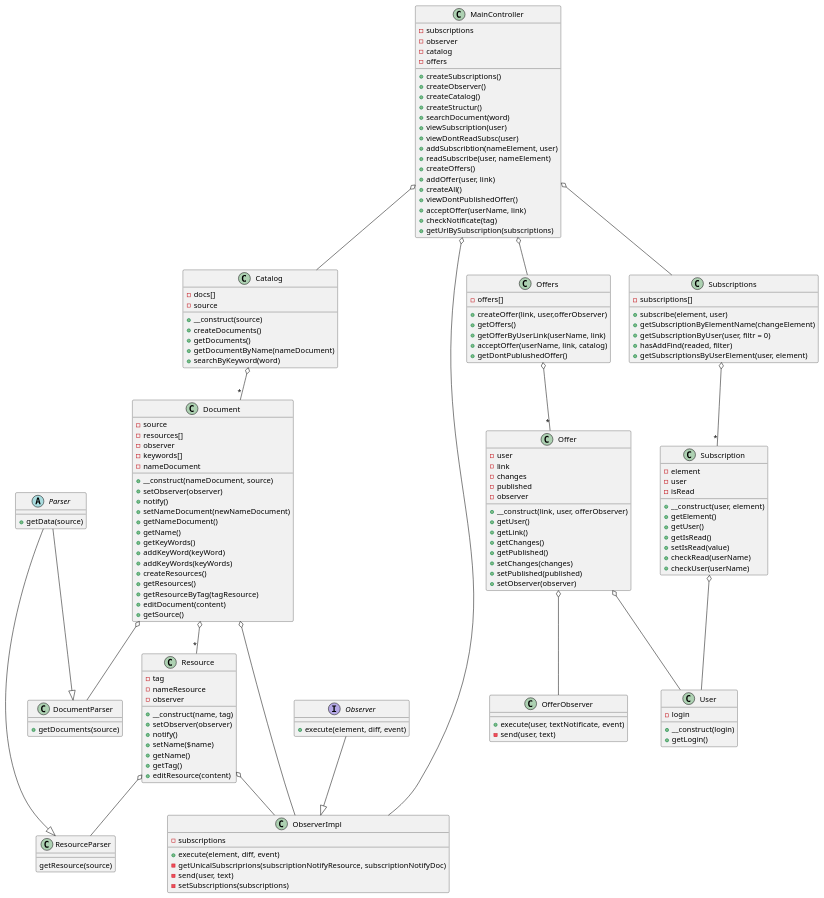
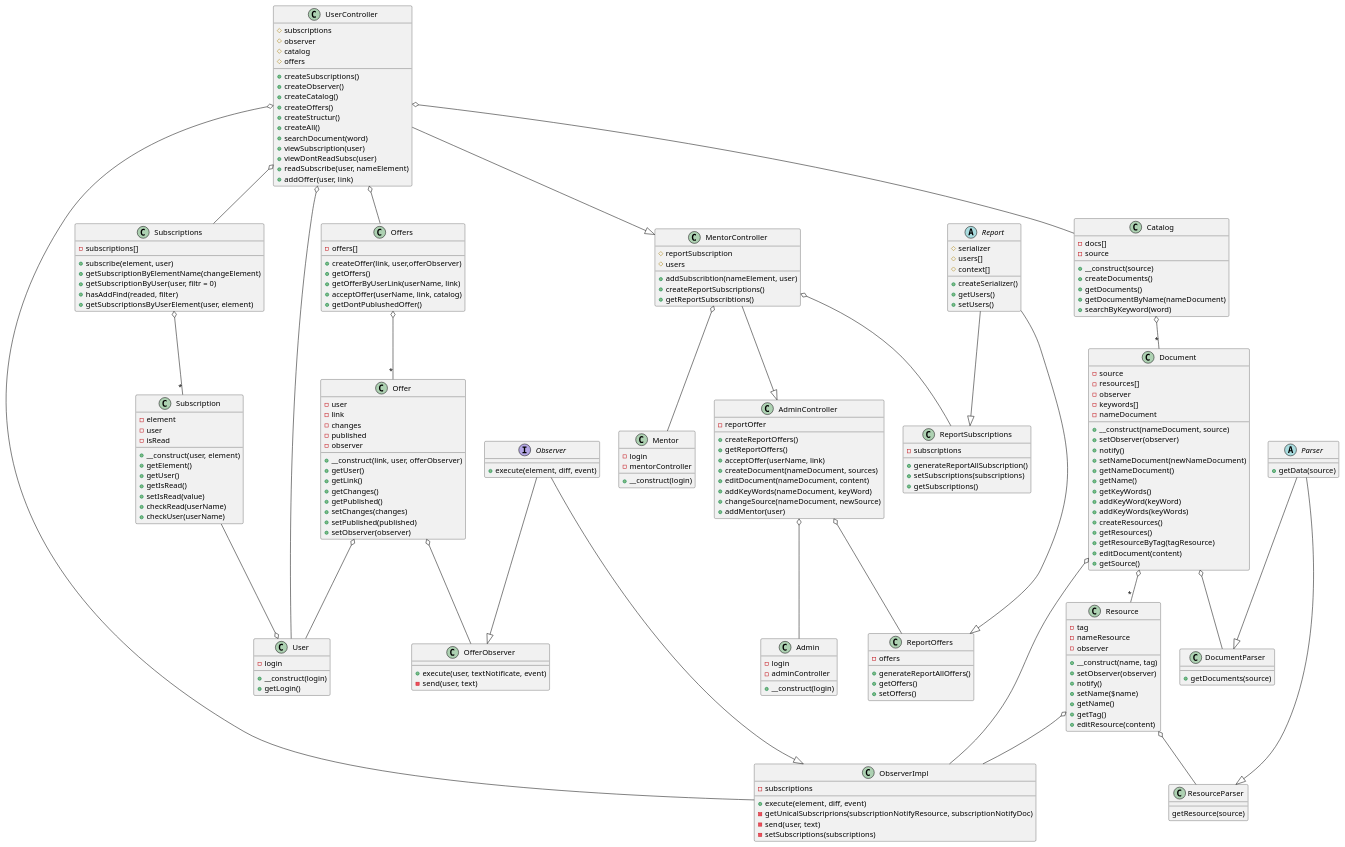
Before and after one commit to ilb/knowledgebase: the diagram in docs/newDiagramProject.puml, drawn with PlantUML. The commit also changed 7 other files, not shown here.

Commit message:
Изменения и новая схема

```diff
--- a/docs/newDiagramProject.puml
+++ b/docs/newDiagramProject.puml
@@ -126,30 +126,94 @@
     + getLogin()
 }
 
-class MainController {
-    - subscriptions
-    - observer
-    - catalog
-    - offers
+class Admin {
+    - login
+    - adminController
+    + __construct(login)
+}
+
+class Mentor {
+    - login
+    - mentorController
+    + __construct(login)
+}
+
+class AdminController {
+    - reportOffer
+    + createReportOffers()
+    + getReportOffers()
+    + acceptOffer(userName, link)
+    + createDocument(nameDocument, sources)
+    + editDocument(nameDocument, content)
+    + addKeyWords(nameDocument, keyWord)
+    + changeSource(nameDocument, newSource)
+    + addMentor(user) 
+}
+
+class UserController {
+    # subscriptions
+    # observer
+    # catalog
+    # offers
     + createSubscriptions()
-    + createObserver() 
+    + createObserver()
     + createCatalog()
+    + createOffers()
     + createStructur()
+    + createAll()
     + searchDocument(word)
     + viewSubscription(user)
     + viewDontReadSubsc(user)
-    + addSubscribtion(nameElement, user)
     + readSubscribe(user, nameElement)
-    + createOffers()
     + addOffer(user, link)
-    + createAll()
-    + viewDontPublishedOffer()
-    + acceptOffer(userName, link)
-    + checkNotificate(tag)
-    + getUrlBySubscription(subscriptions)
 }
 
+class MentorController {
+    # reportSubscription
+    # users
+    + addSubscribtion(nameElement, user)
+    + createReportSubscriptions()
+    + getReportSubscribtions()
+}
+
+abstract class Report {
+    # serializer
+    # users[]
+    # context[]
+    + createSerializer()
+    + getUsers()
+    + setUsers()
+}
+
+class ReportOffers {
+    - offers
+    + generateReportAllOffers()
+    + getOffers()
+    + setOffers()
+}
+
+class ReportSubscriptions {
+    - subscriptions
+    + generateReportAllSubscription()
+    + setSubscriptions(subscriptions)
+    + getSubscriptions()
+}
+
+UserController --|> MentorController
+MentorController --|> AdminController
+AdminController o-- Admin 
+AdminController o-- ReportOffers
+MentorController o-- ReportSubscriptions
+MentorController o-- Mentor
+UserController o-- User
+UserController o-- Subscriptions
+UserController o-- ObserverImpl
+UserController o-- Catalog
+UserController o-- Offers
+Report --|> ReportSubscriptions
+Report --|> ReportOffers
 Observer --|> ObserverImpl
+Observer --|> OfferObserver
 Parser --|> DocumentParser
 Parser --|> ResourceParser
 Catalog o-- "*" Document
@@ -159,12 +223,8 @@
 Resource o-- ResourceParser
 Resource o-- ObserverImpl
 Subscriptions o-- "*" Subscription
-Subscription o-- User
+Subscription --o User
 Offers o-- "*" Offer
 Offer o-- User
 Offer o-- OfferObserver
-MainController o-- ObserverImpl
-MainController o-- Catalog
-MainController o-- Subscriptions
-MainController o-- Offers
 @enduml
```
